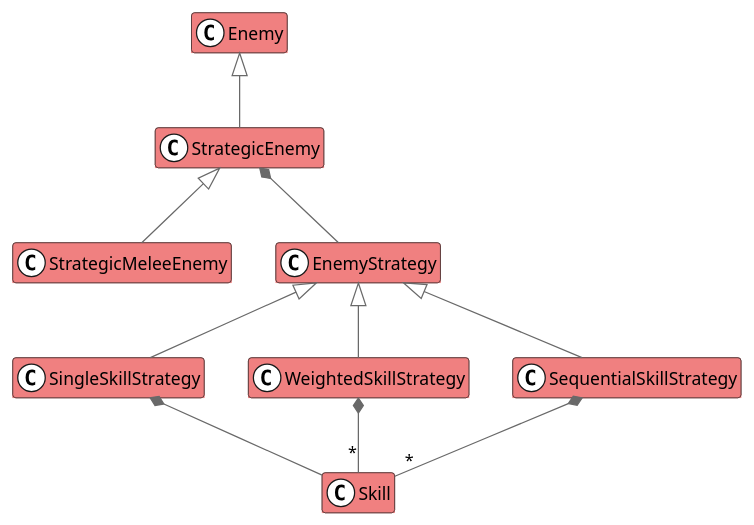
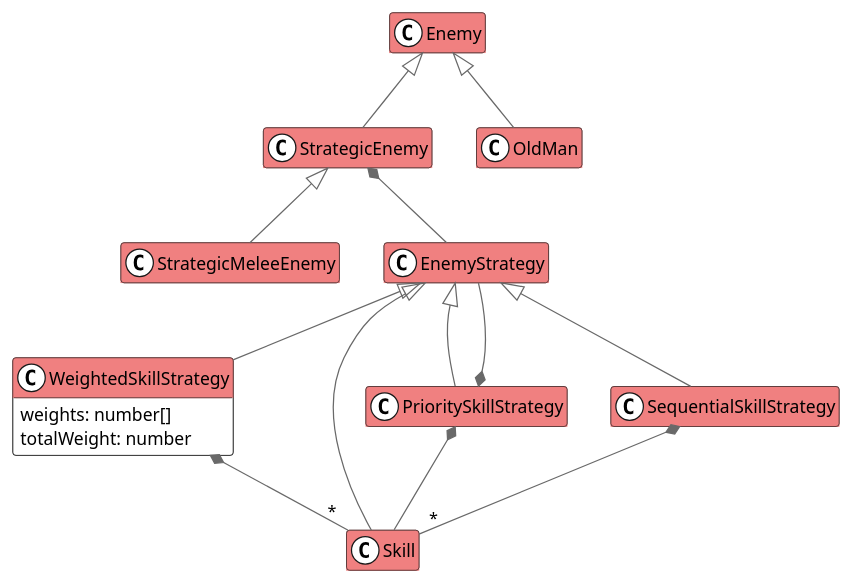
The diagram in doc/model-enemy.puml (fbeaufume/draconis), drawn with PlantUML before and after one commit. The commit also changed 2 other files, not shown here.

```diff
--- a/doc/model-enemy.puml
+++ b/doc/model-enemy.puml
@@ -1,25 +1,33 @@
 @startuml
 
 scale 1.0
 hide empty methods
 hide empty attributes
 skinparam arrowColor #DimGray
 <style>
 spotClass { BackgroundColor white }
 </style>
 skinparam class {
   BackgroundColor White
   HeaderBackgroundColor LightCoral
 }
 
+class WeightedSkillStrategy {
+  weights: number[]
+  totalWeight: number
+}
+
 Enemy <|-- StrategicEnemy
+Enemy <|-- OldMan
 StrategicEnemy <|-- StrategicMeleeEnemy
 StrategicEnemy *-- EnemyStrategy
-EnemyStrategy <|-- SingleSkillStrategy
-SingleSkillStrategy *-- Skill
+EnemyStrategy <|-- Skill
+EnemyStrategy <|-- PrioritySkillStrategy
+EnemyStrategy <|-- SequentialSkillStrategy
 EnemyStrategy <|-- WeightedSkillStrategy
-EnemyStrategy <|-- SequentialSkillStrategy
+PrioritySkillStrategy *-- Skill
+PrioritySkillStrategy *-- EnemyStrategy
 WeightedSkillStrategy *-- "*" Skill
 SequentialSkillStrategy *-- "*" Skill
 
 @enduml
```
